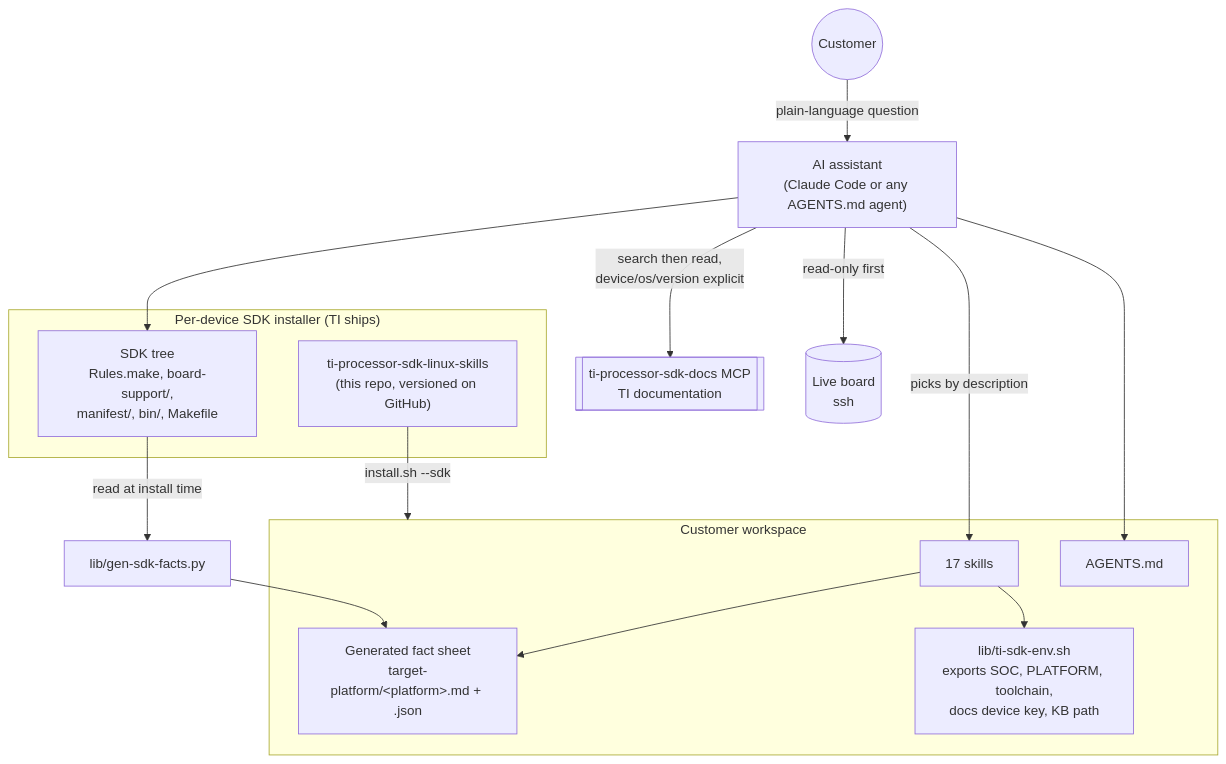
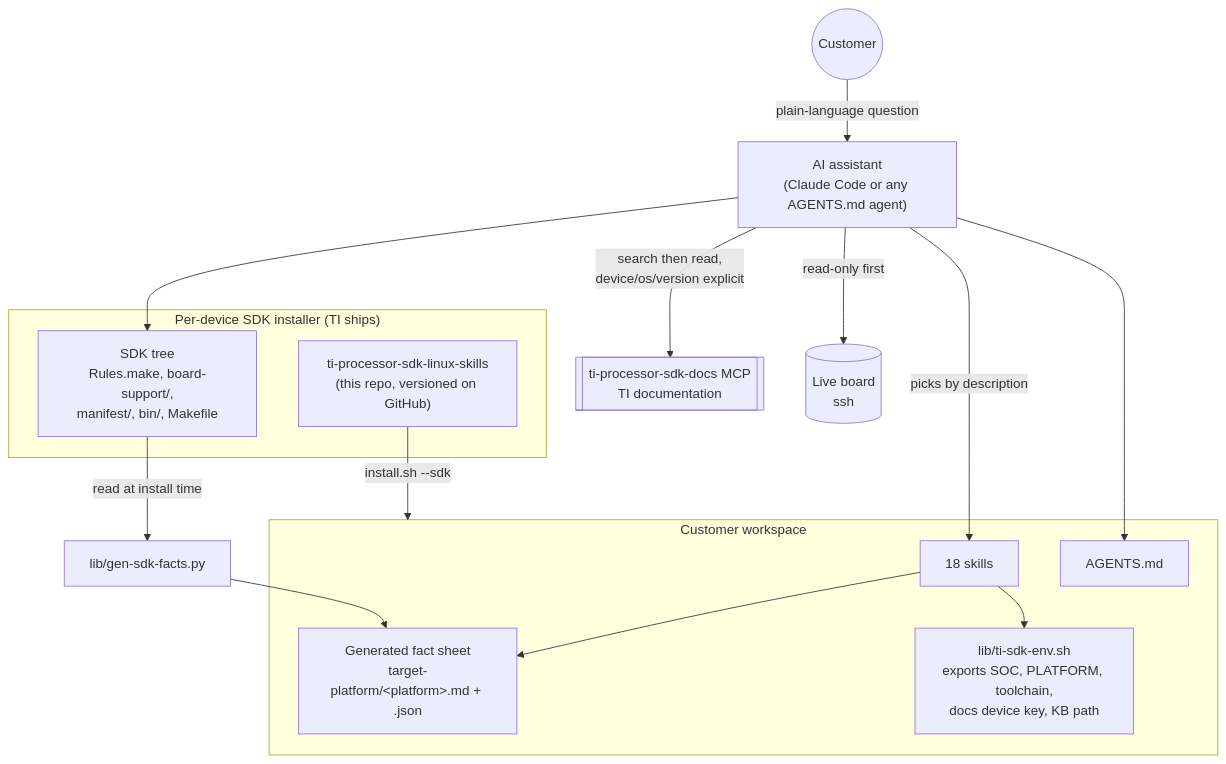
The second of 11 diagrams in docs/AGENTIC-SDK-GUIDE.md (jeevantelukula/ti-processor-sdk-linux-skills), drawn with Mermaid before and after one commit. The commit also changed other lines of this file and 2 other files, not shown here.

First line of the commit message:
docs: fix drift (skill count, serial console, AGENTS paths, KB schema)

````diff
--- a/docs/AGENTIC-SDK-GUIDE.md
+++ b/docs/AGENTIC-SDK-GUIDE.md
@@ -67,24 +67,24 @@
 ```mermaid
 flowchart TB
     subgraph Installer["Per-device SDK installer (TI ships)"]
         SDK["SDK tree<br/>Rules.make, board-support/,<br/>manifest/, bin/, Makefile"]
         REPO["ti-processor-sdk-linux-skills<br/>(this repo, versioned on GitHub)"]
     end
     REPO -->|install.sh --sdk| WS
     SDK -->|read at install time| GEN["lib/gen-sdk-facts.py"]
     GEN --> KB["Generated fact sheet<br/>target-platform/&lt;platform&gt;.md + .json"]
     subgraph WS["Customer workspace"]
         AG["AGENTS.md"]
-        SK["17 skills"]
+        SK["18 skills"]
         KB
         ENV["lib/ti-sdk-env.sh<br/>exports SOC, PLATFORM, toolchain,<br/>docs device key, KB path"]
     end
     USER((Customer)) -->|plain-language question| LLM["AI assistant<br/>(Claude Code or any AGENTS.md agent)"]
     LLM --> AG
     LLM -->|picks by description| SK
     SK --> ENV
     SK --> KB
     LLM -->|read-only first| BOARD[("Live board<br/>ssh")]
     LLM -->|search then read,<br/>device/os/version explicit| MCP[["ti-processor-sdk-docs MCP<br/>TI documentation"]]
     LLM --> SDK
 ```
````
